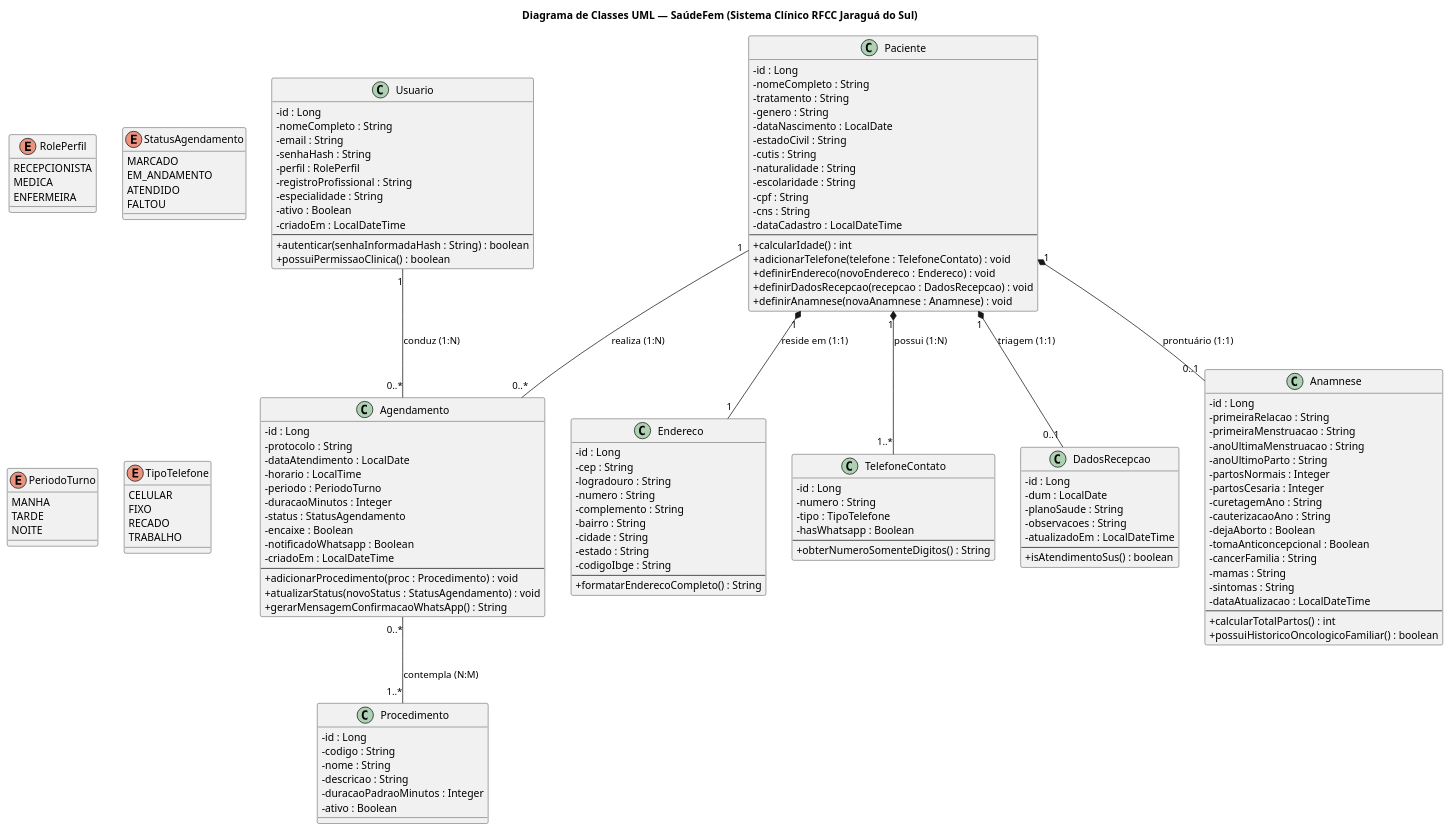
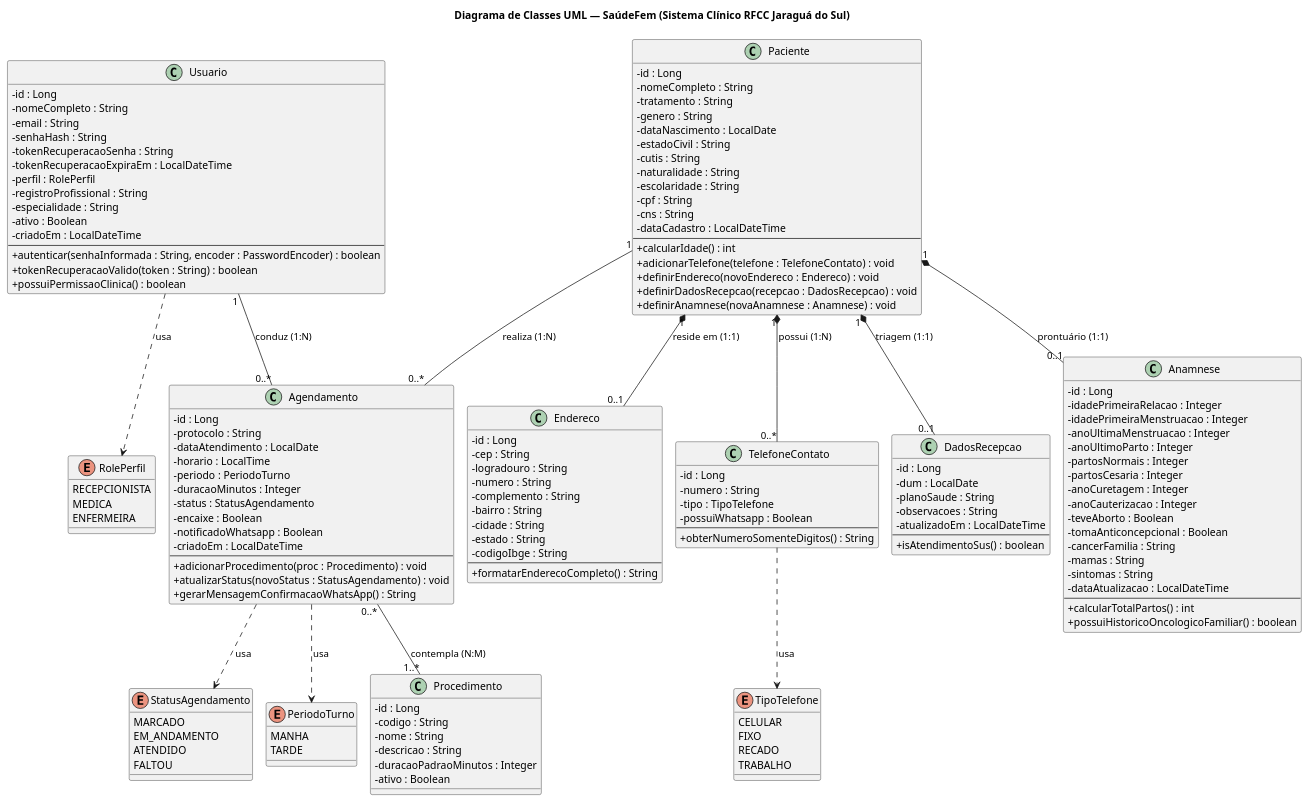
Before and after one commit to Davi-Simplicio/RFC-Clinica-backend: the diagram in docs/diagrama_classes.puml, drawn with PlantUML. The commit also changed 23 other files, not shown here.

```diff
--- a/docs/diagrama_classes.puml
+++ b/docs/diagrama_classes.puml
@@ -1,158 +1,166 @@
 @startuml SaudeFem_RFCC_ClassDiagram
+!pragma layout smetana
 skinparam classAttributeIconSize 0
 skinparam monochrome false
 skinparam shadowing false
 
 title Diagrama de Classes UML — SaúdeFem (Sistema Clínico RFCC Jaraguá do Sul)
 
 enum RolePerfil {
   RECEPCIONISTA
   MEDICA
   ENFERMEIRA
 }
 
 enum StatusAgendamento {
   MARCADO
   EM_ANDAMENTO
   ATENDIDO
   FALTOU
 }
 
 enum PeriodoTurno {
   MANHA
   TARDE
-  NOITE
 }
 
 enum TipoTelefone {
   CELULAR
   FIXO
   RECADO
   TRABALHO
 }
 
 class Usuario {
   - id : Long
   - nomeCompleto : String
   - email : String
   - senhaHash : String
+  - tokenRecuperacaoSenha : String
+  - tokenRecuperacaoExpiraEm : LocalDateTime
   - perfil : RolePerfil
   - registroProfissional : String
   - especialidade : String
   - ativo : Boolean
   - criadoEm : LocalDateTime
   --
-  + autenticar(senhaInformadaHash : String) : boolean
+  + autenticar(senhaInformada : String, encoder : PasswordEncoder) : boolean
+  + tokenRecuperacaoValido(token : String) : boolean
   + possuiPermissaoClinica() : boolean
 }
 
 class Paciente {
   - id : Long
   - nomeCompleto : String
   - tratamento : String
   - genero : String
   - dataNascimento : LocalDate
   - estadoCivil : String
   - cutis : String
   - naturalidade : String
   - escolaridade : String
   - cpf : String
   - cns : String
   - dataCadastro : LocalDateTime
   --
   + calcularIdade() : int
   + adicionarTelefone(telefone : TelefoneContato) : void
   + definirEndereco(novoEndereco : Endereco) : void
   + definirDadosRecepcao(recepcao : DadosRecepcao) : void
   + definirAnamnese(novaAnamnese : Anamnese) : void
 }
 
 class Endereco {
   - id : Long
   - cep : String
   - logradouro : String
   - numero : String
   - complemento : String
   - bairro : String
   - cidade : String
   - estado : String
   - codigoIbge : String
   --
   + formatarEnderecoCompleto() : String
 }
 
 class TelefoneContato {
   - id : Long
   - numero : String
   - tipo : TipoTelefone
-  - hasWhatsapp : Boolean
+  - possuiWhatsapp : Boolean
   --
   + obterNumeroSomenteDigitos() : String
 }
 
 class DadosRecepcao {
   - id : Long
   - dum : LocalDate
   - planoSaude : String
   - observacoes : String
   - atualizadoEm : LocalDateTime
   --
   + isAtendimentoSus() : boolean
 }
 
 class Anamnese {
   - id : Long
-  - primeiraRelacao : String
-  - primeiraMenstruacao : String
-  - anoUltimaMenstruacao : String
-  - anoUltimoParto : String
+  - idadePrimeiraRelacao : Integer
+  - idadePrimeiraMenstruacao : Integer
+  - anoUltimaMenstruacao : Integer
+  - anoUltimoParto : Integer
   - partosNormais : Integer
   - partosCesaria : Integer
-  - curetagemAno : String
-  - cauterizacaoAno : String
-  - dejaAborto : Boolean
+  - anoCuretagem : Integer
+  - anoCauterizacao : Integer
+  - teveAborto : Boolean
   - tomaAnticoncepcional : Boolean
   - cancerFamilia : String
   - mamas : String
   - sintomas : String
   - dataAtualizacao : LocalDateTime
   --
   + calcularTotalPartos() : int
   + possuiHistoricoOncologicoFamiliar() : boolean
 }
 
 class Agendamento {
   - id : Long
   - protocolo : String
   - dataAtendimento : LocalDate
   - horario : LocalTime
   - periodo : PeriodoTurno
   - duracaoMinutos : Integer
   - status : StatusAgendamento
   - encaixe : Boolean
   - notificadoWhatsapp : Boolean
   - criadoEm : LocalDateTime
   --
   + adicionarProcedimento(proc : Procedimento) : void
   + atualizarStatus(novoStatus : StatusAgendamento) : void
   + gerarMensagemConfirmacaoWhatsApp() : String
 }
 
 class Procedimento {
   - id : Long
   - codigo : String
   - nome : String
   - descricao : String
   - duracaoPadraoMinutos : Integer
   - ativo : Boolean
 }
 
-Paciente "1" *-- "1" Endereco : reside em (1:1)
-Paciente "1" *-- "1..*" TelefoneContato : possui (1:N)
+Paciente "1" *-- "0..1" Endereco : reside em (1:1)
+Paciente "1" *-- "0..*" TelefoneContato : possui (1:N)
 Paciente "1" *-- "0..1" DadosRecepcao : triagem (1:1)
 Paciente "1" *-- "0..1" Anamnese : prontuário (1:1)
 Paciente "1" -- "0..*" Agendamento : realiza (1:N)
 Usuario "1" -- "0..*" Agendamento : conduz (1:N)
 Agendamento "0..*" -- "1..*" Procedimento : contempla (N:M)
 
+Usuario ..> RolePerfil : usa
+TelefoneContato ..> TipoTelefone : usa
+Agendamento ..> StatusAgendamento : usa
+Agendamento ..> PeriodoTurno : usa
+
 @enduml
```
